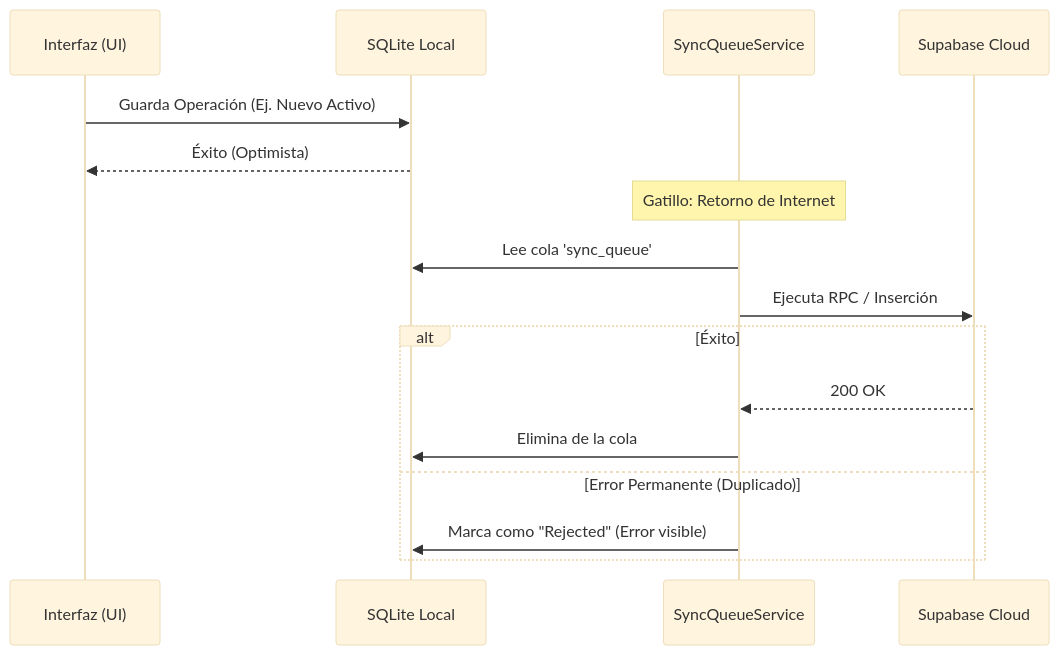
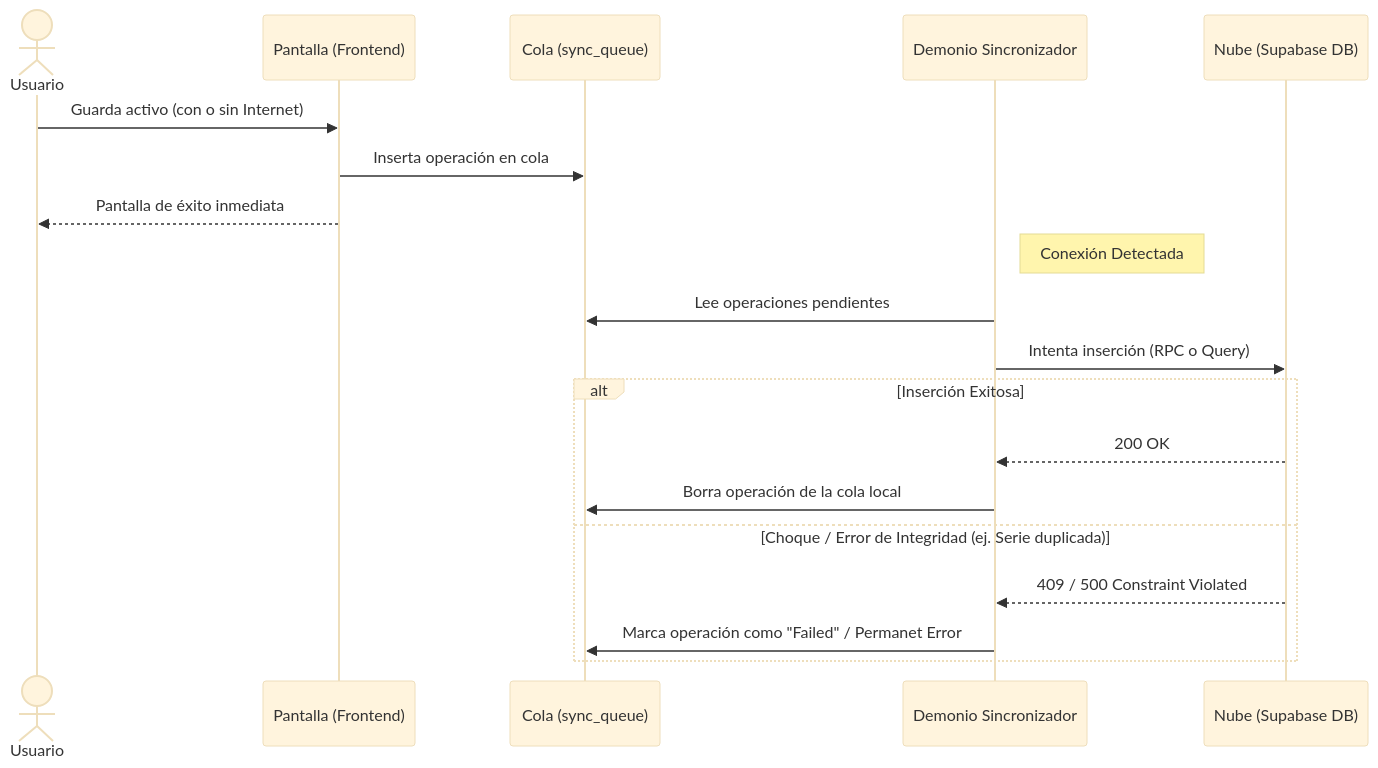
The second of 2 diagrams in README.md (Lhao13/front_inventarios), drawn with Mermaid (base theme) before and after one commit. The commit also changed other lines of this file, not shown here.

````diff
--- a/README.md
+++ b/README.md
@@ -56,19 +70,24 @@
 ```mermaid
 sequenceDiagram
-    participant App as Interfaz (UI)
-    participant DB as SQLite Local
-    participant Sync as SyncQueueService
-    participant Cloud as Supabase Cloud
+    actor Usuario
+    participant UI as Pantalla (Frontend)
+    participant SQLite as Cola (sync_queue)
+    participant Daemon as Demonio Sincronizador
+    participant Supabase as Nube (Supabase DB)
 
-    App->>DB: Guarda Operación (Ej. Nuevo Activo)
-    DB-->>App: Éxito (Optimista)
-    Note over Sync: Gatillo: Retorno de Internet
-    Sync->>DB: Lee cola 'sync_queue'
-    Sync->>Cloud: Ejecuta RPC / Inserción
-    alt Éxito
-        Cloud-->>Sync: 200 OK
-        Sync->>DB: Elimina de la cola
-    else Error Permanente (Duplicado)
-        Sync->>DB: Marca como "Rejected" (Error visible)
+    Usuario->>UI: Guarda activo (con o sin Internet)
+    UI->>SQLite: Inserta operación en cola
+    UI-->>Usuario: Pantalla de éxito inmediata
+    
+    Note right of Daemon: Conexión Detectada
+    Daemon->>SQLite: Lee operaciones pendientes
+    Daemon->>Supabase: Intenta inserción (RPC o Query)
+    
+    alt Inserción Exitosa
+        Supabase-->>Daemon: 200 OK
+        Daemon->>SQLite: Borra operación de la cola local
+    else Choque / Error de Integridad (ej. Serie duplicada)
+        Supabase-->>Daemon: 409 / 500 Constraint Violated
+        Daemon->>SQLite: Marca operación como "Failed" / Permanet Error
     end
 ```
````
